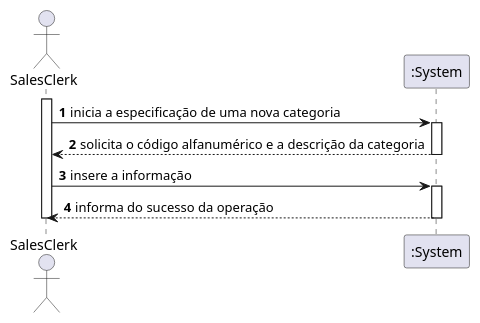
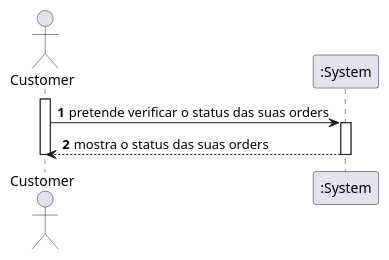
The diagram in Documentação/1190772/US1502/1502_SSD.puml (1190772/LAB-Project-4), drawn with PlantUML before and after one commit. The commit also changed 1 other file, not shown here.

```diff
--- a/Documentação/1190772/US1502/1502_SSD.puml
+++ b/Documentação/1190772/US1502/1502_SSD.puml
@@ -1,17 +1,13 @@
 @startuml
 autonumber
-actor "SalesClerk" as SC
+actor "Customer" as CU
 
-activate SC
-SC -> ":System" : inicia a especificação de uma nova categoria
+activate CU
+CU -> ":System" : pretende verificar o status das suas orders
 activate ":System"
-":System" --> SC : solicita o código alfanumérico e a descrição da categoria
-deactivate ":System"
-SC -> ":System" : insere a informação
-activate ":System"
-":System" --> SC : informa do sucesso da operação
+":System" --> CU : mostra o status das suas orders
 deactivate ":System"
 
-deactivate SC
+deactivate CU
 
 @enduml
```
